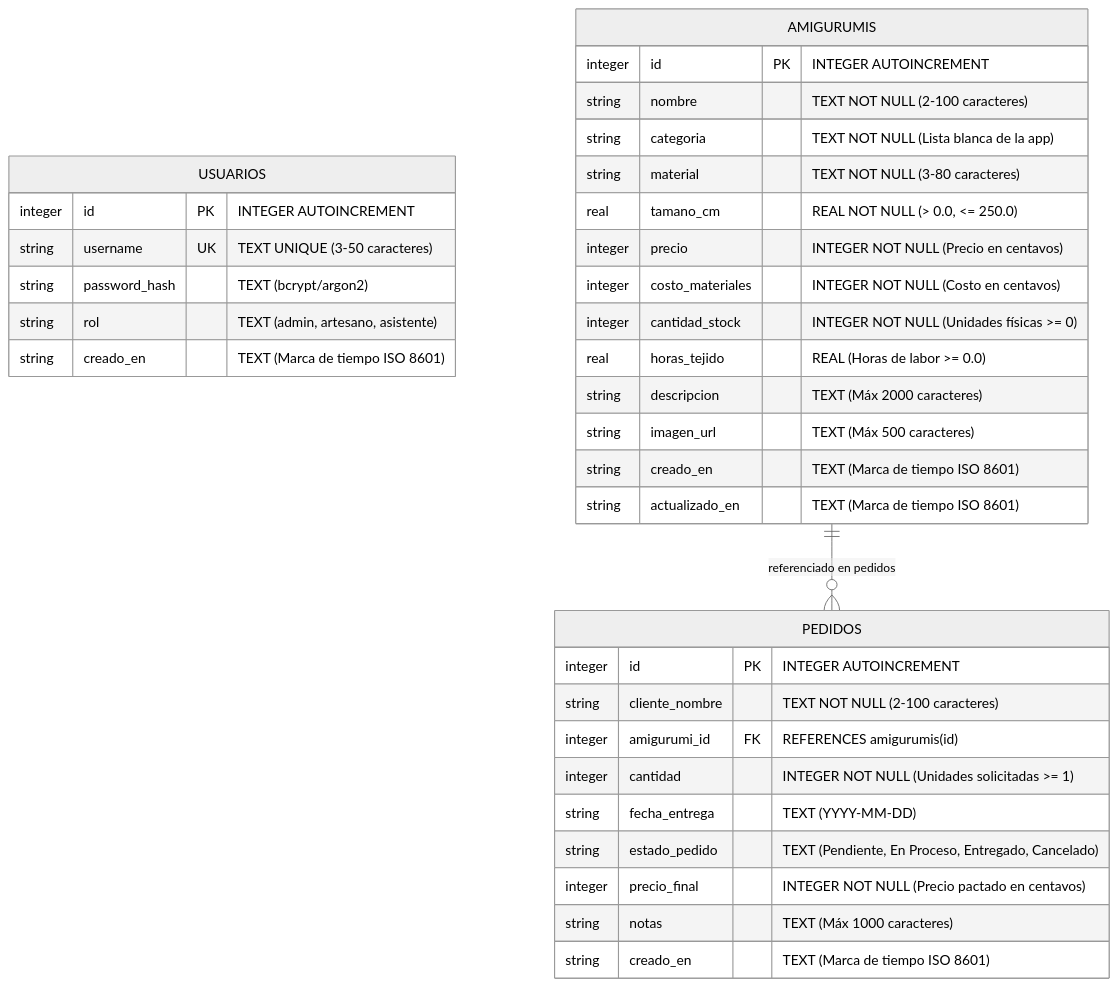
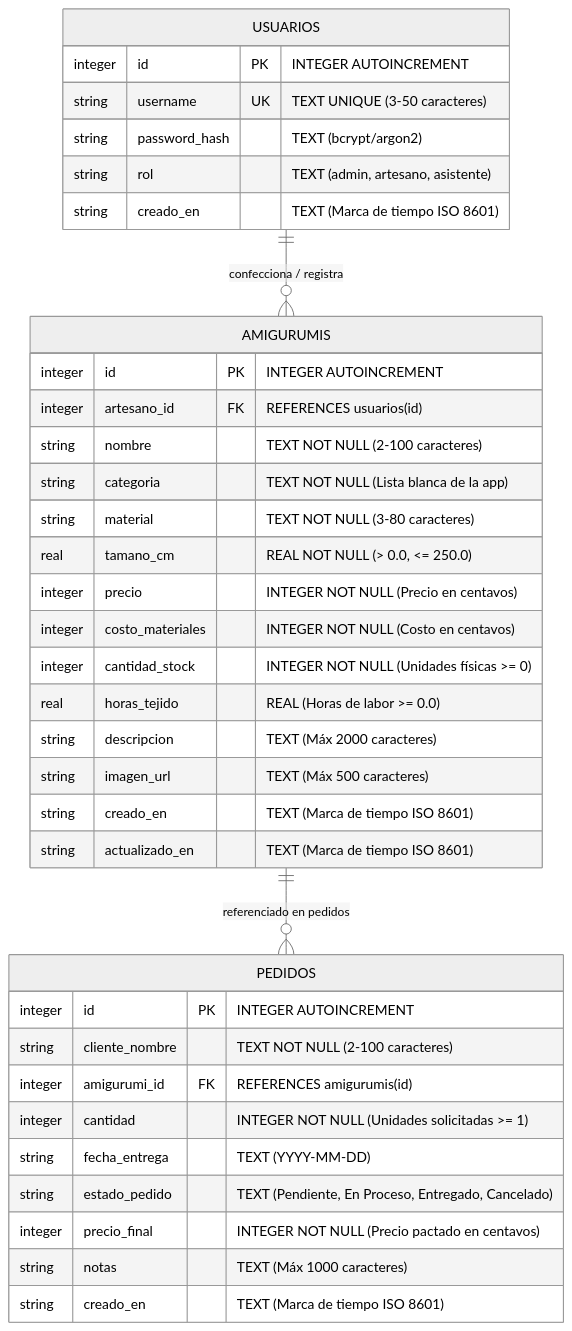
One commit to AngelKero/amigurumi-manager changed the diagram in docs/data-model.es.md. Above: the diagram before and after it, drawn with Mermaid (neutral theme). The commit also changed other lines of this file and 5 other files, not shown here.

Commit message:
feat: add artesano_id relation to amigurumis and update documentation for API attribution and schema integrity

````diff
--- a/docs/data-model.es.md
+++ b/docs/data-model.es.md
@@ -17,40 +17,42 @@
 ```mermaid
 erDiagram
     USUARIOS {
         integer id PK "INTEGER AUTOINCREMENT"
         string username UK "TEXT UNIQUE (3-50 caracteres)"
         string password_hash "TEXT (bcrypt/argon2)"
         string rol "TEXT (admin, artesano, asistente)"
         string creado_en "TEXT (Marca de tiempo ISO 8601)"
     }
 
     AMIGURUMIS {
         integer id PK "INTEGER AUTOINCREMENT"
+        integer artesano_id FK "REFERENCES usuarios(id)"
         string nombre "TEXT NOT NULL (2-100 caracteres)"
         string categoria "TEXT NOT NULL (Lista blanca de la app)"
         string material "TEXT NOT NULL (3-80 caracteres)"
         real tamano_cm "REAL NOT NULL (> 0.0, <= 250.0)"
         integer precio "INTEGER NOT NULL (Precio en centavos)"
         integer costo_materiales "INTEGER NOT NULL (Costo en centavos)"
         integer cantidad_stock "INTEGER NOT NULL (Unidades físicas >= 0)"
         real horas_tejido "REAL (Horas de labor >= 0.0)"
         string descripcion "TEXT (Máx 2000 caracteres)"
         string imagen_url "TEXT (Máx 500 caracteres)"
         string creado_en "TEXT (Marca de tiempo ISO 8601)"
         string actualizado_en "TEXT (Marca de tiempo ISO 8601)"
     }
 
     PEDIDOS {
         integer id PK "INTEGER AUTOINCREMENT"
         string cliente_nombre "TEXT NOT NULL (2-100 caracteres)"
         integer amigurumi_id FK "REFERENCES amigurumis(id)"
         integer cantidad "INTEGER NOT NULL (Unidades solicitadas >= 1)"
         string fecha_entrega "TEXT (YYYY-MM-DD)"
         string estado_pedido "TEXT (Pendiente, En Proceso, Entregado, Cancelado)"
         integer precio_final "INTEGER NOT NULL (Precio pactado en centavos)"
         string notas "TEXT (Máx 1000 caracteres)"
         string creado_en "TEXT (Marca de tiempo ISO 8601)"
     }
 
+    USUARIOS ||--o{ AMIGURUMIS : "confecciona / registra"
     AMIGURUMIS ||--o{ PEDIDOS : "referenciado en pedidos"
 ```
````
